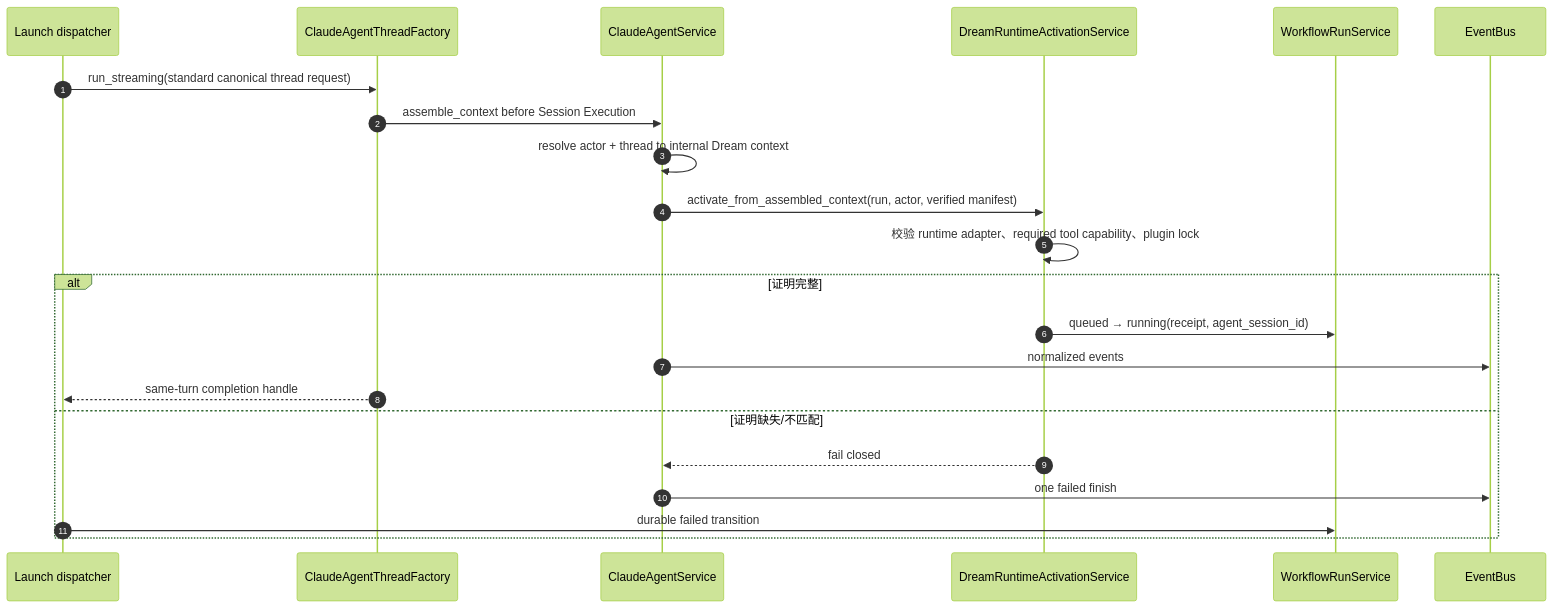
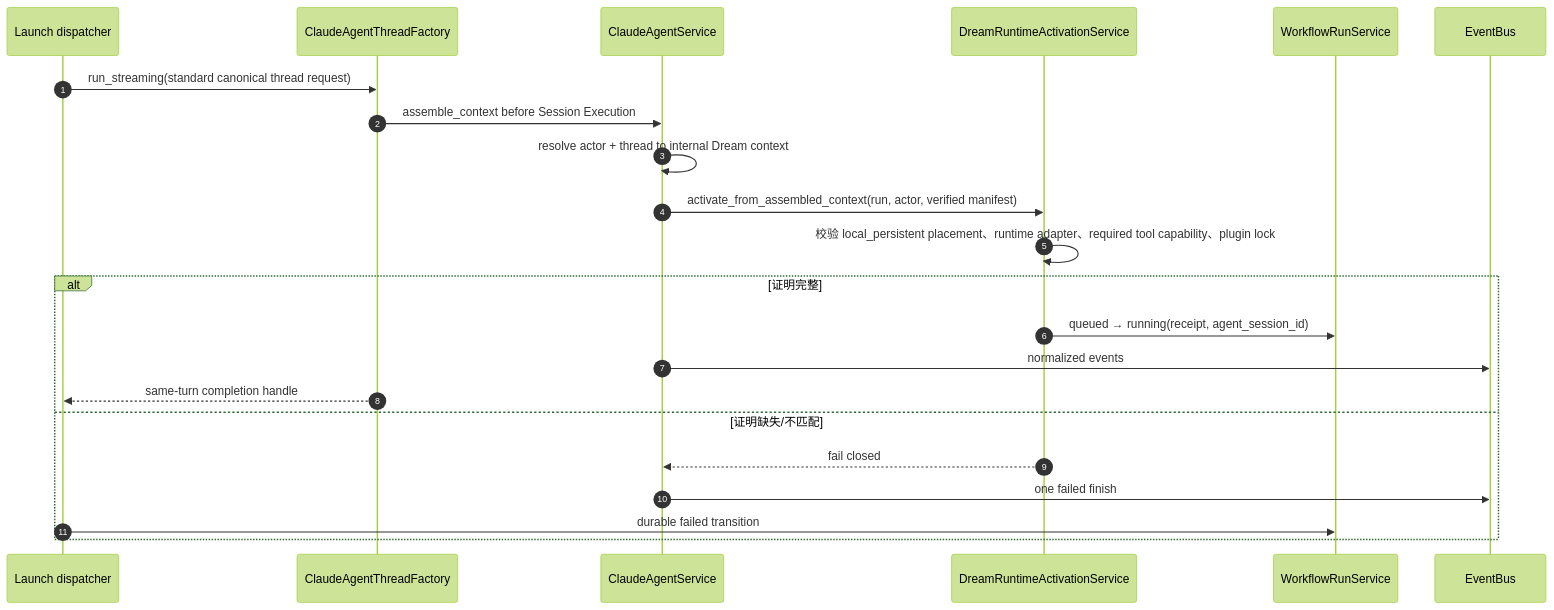
The fourth of 22 diagrams in docs/design/dream-agent/business-interaction-design.md (glide-the/im-dream), drawn with Mermaid (forest theme) before and after one commit. The commit also changed other lines of this file and 36 other files, not shown here.

````diff
--- a/docs/design/dream-agent/business-interaction-design.md
+++ b/docs/design/dream-agent/business-interaction-design.md
@@ -195,25 +195,25 @@
 ```mermaid
 sequenceDiagram
     autonumber
     participant Dispatcher as Launch dispatcher
     participant Factory as ClaudeAgentThreadFactory
     participant Service as ClaudeAgentService
     participant Activation as DreamRuntimeActivationService
     participant WF as WorkflowRunService
     participant Bus as EventBus
 
     Dispatcher->>Factory: run_streaming(standard canonical thread request)
     Factory->>Service: assemble_context before Session Execution
     Service->>Service: resolve actor + thread to internal Dream context
     Service->>Activation: activate_from_assembled_context(run, actor, verified manifest)
-    Activation->>Activation: 校验 runtime adapter、required tool capability、plugin lock
+    Activation->>Activation: 校验 local_persistent placement、runtime adapter、required tool capability、plugin lock
     alt 证明完整
         Activation->>WF: queued → running(receipt, agent_session_id)
         Service->>Bus: normalized events
         Factory-->>Dispatcher: same-turn completion handle
     else 证明缺失/不匹配
         Activation-->>Service: fail closed
         Service->>Bus: one failed finish
         Dispatcher->>WF: durable failed transition
     end
 ```
````
